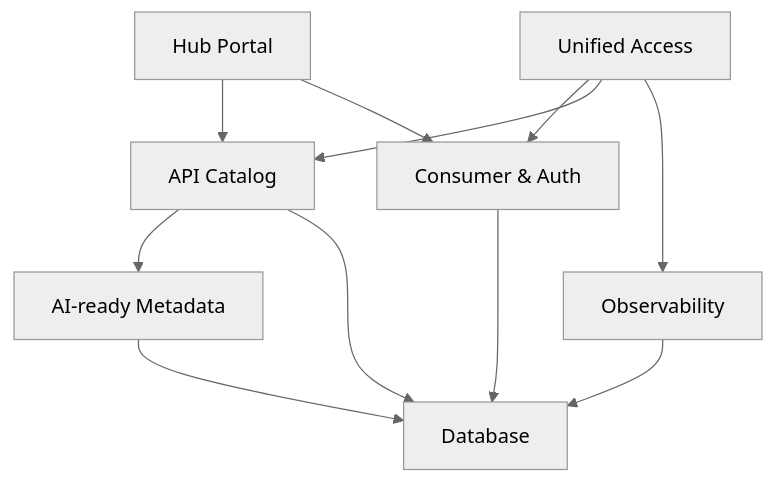
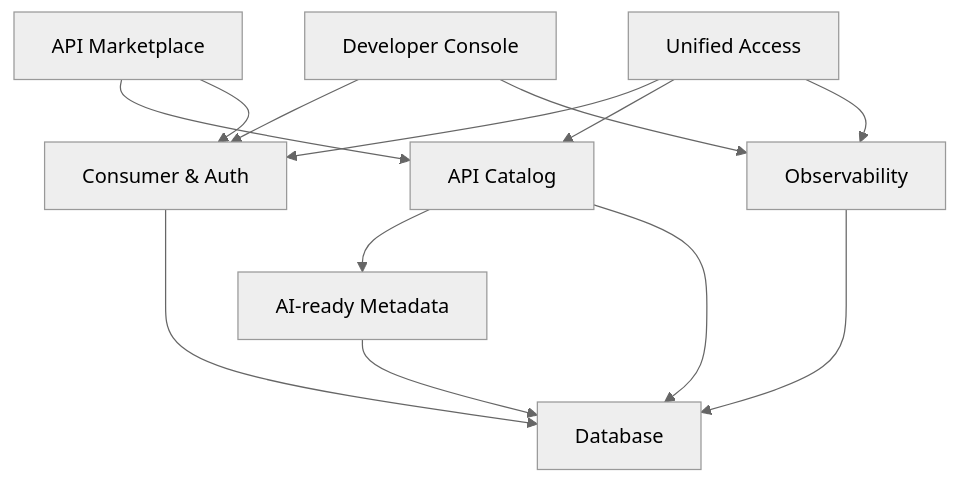
The second of 4 diagrams in docs/design/aehter-api-hub/Aether API Hub架构设计文档.md (Time-Machine-Lab/AetherAPI), drawn with Mermaid (neutral theme) before and after one commit. The commit also changed other lines of this file and 5 other files, not shown here.

First line of the commit message:
feat: enhance AetherAPI Hub documentation and configuration

````diff
--- a/docs/design/aehter-api-hub/Aether API Hub架构设计文档.md
+++ b/docs/design/aehter-api-hub/Aether API Hub架构设计文档.md
@@ -190,21 +190,24 @@
 ```mermaid
 flowchart TB
-    Portal["Hub Portal"]
+    Market["API Marketplace"]
+    Console["Developer Console"]
     Catalog["API Catalog"]
     Auth["Consumer & Auth"]
     Access["Unified Access"]
     Obs["Observability"]
     AI["AI-ready Metadata"]
     DB["Database"]
 
-    Portal --> Catalog
-    Portal --> Auth
+    Market --> Catalog
+    Market --> Auth
+    Console --> Auth
+    Console --> Obs
     Access --> Auth
     Access --> Catalog
     Access --> Obs
     Catalog --> AI
     Catalog --> DB
     Auth --> DB
     Obs --> DB
     AI --> DB
 ```
````
